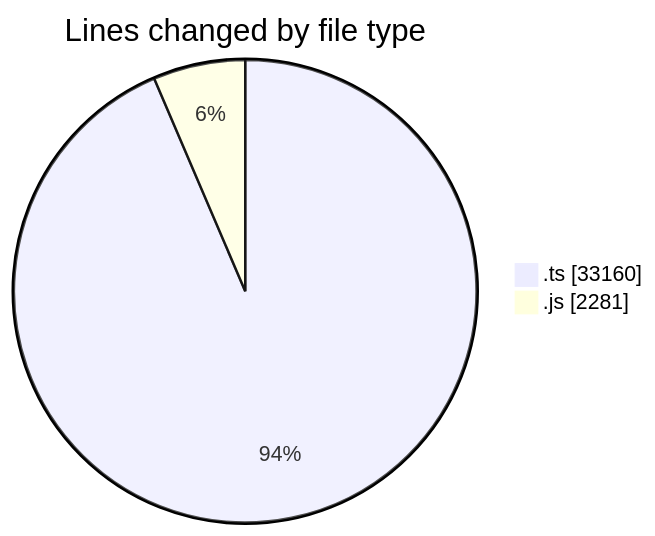
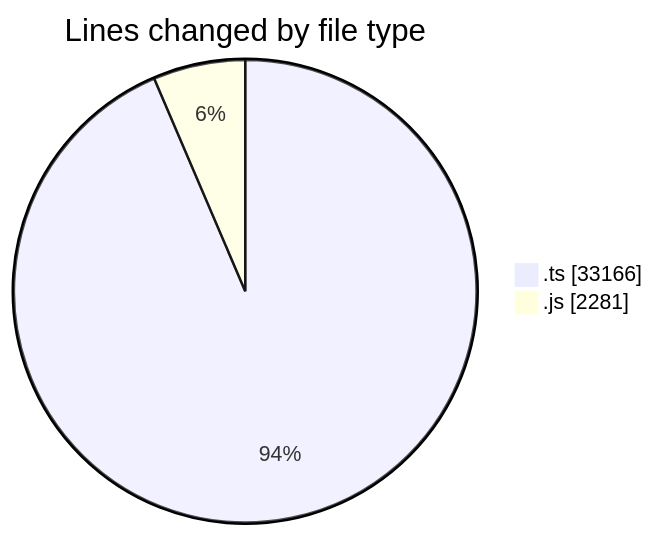
Before and after one commit to momahboobian/code-tracking: the first of 2 diagrams in 2025-06-26/cda/README.md, drawn with Mermaid. The commit also changed other lines of this file and 1 other file, not shown here.

````diff
--- a/2025-06-26/cda/README.md
+++ b/2025-06-26/cda/README.md
@@ -35,6 +35,6 @@
 ```mermaid
 pie showData
 title Lines changed by file type
-".ts" : 33160
+".ts" : 33166
 ".js" : 2281
 ```
````
